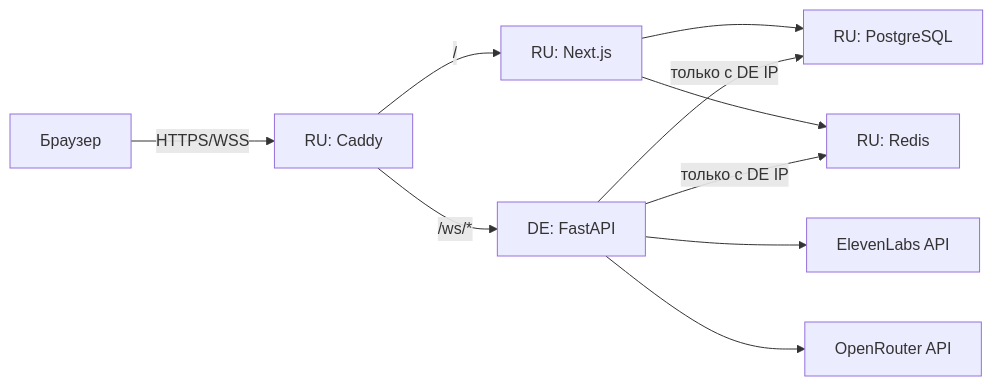
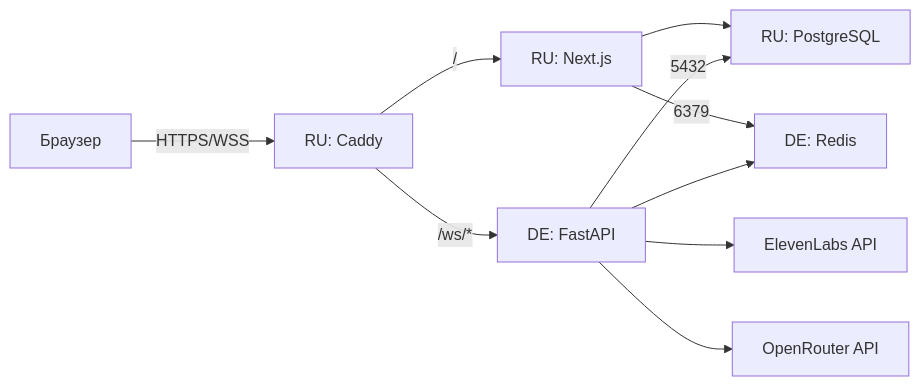
One commit to ivandavidyuk/ai-salesperson-trainer changed the diagram in DEPLOY.md. Above: the diagram before and after it, drawn with Mermaid. The commit also changed other lines of this file and 4 other files, not shown here.

Commit message:
readme update after architecture rework №2

````diff
--- a/DEPLOY.md
+++ b/DEPLOY.md
@@ -14,12 +15,12 @@
 ```mermaid
 flowchart LR
     Browser[Браузер] -->|"HTTPS/WSS"| Caddy[RU: Caddy]
     Caddy -->|"/"| Frontend[RU: Next.js]
     Caddy -->|"/ws/*"| Backend[DE: FastAPI]
     Frontend --> PG[RU: PostgreSQL]
-    Frontend --> Redis[RU: Redis]
-    Backend -->|"только с DE IP"| PG
-    Backend -->|"только с DE IP"| Redis
+    Frontend -->|"6379"| Redis[DE: Redis]
+    Backend -->|"5432"| PG
+    Backend --> Redis
     Backend --> EL[ElevenLabs API]
     Backend --> OR[OpenRouter API]
 ```
````
